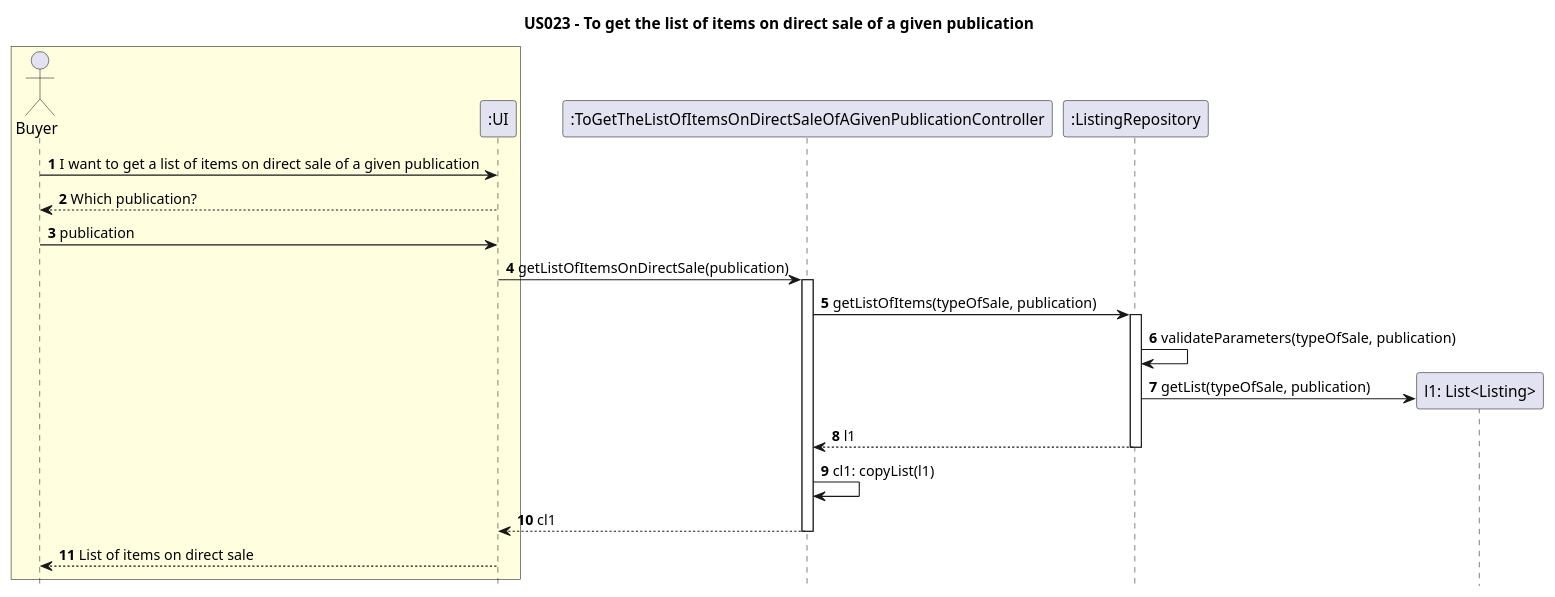
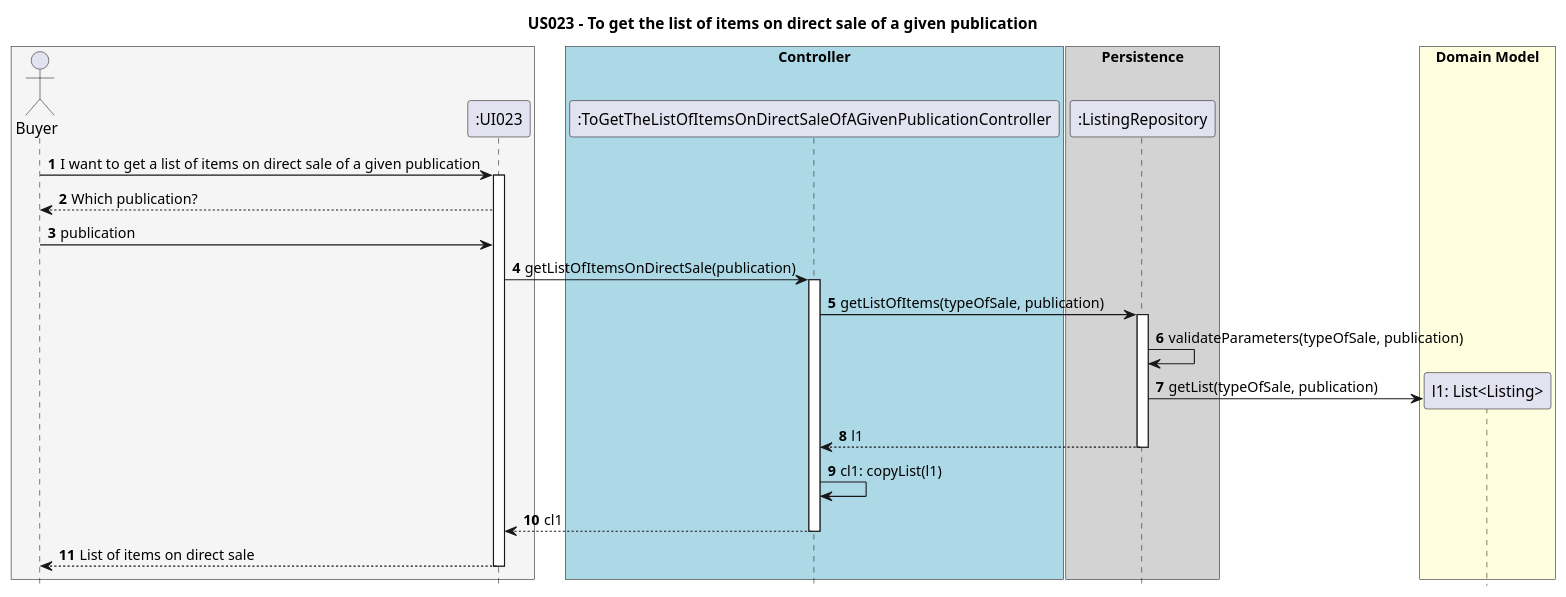
Before and after one commit to AndrePereiraGitH/SWitCH-Project-Team_A: the diagram in Diagrams/SequenceDiagrams/N2/US023-to-get-the-list-of-items-on-direct-sale-of-a-given-publication.puml, drawn with PlantUML. The commit also changed 1 other file, not shown here.

```diff
--- a/Diagrams/SequenceDiagrams/N2/US023-to-get-the-list-of-items-on-direct-sale-of-a-given-publication.puml
+++ b/Diagrams/SequenceDiagrams/N2/US023-to-get-the-list-of-items-on-direct-sale-of-a-given-publication.puml
@@ -1,50 +1,60 @@
 @startuml
 
 hide footbox
+autonumber
 title US023 - To get the list of items on direct sale of a given publication
 
-box #LightYellow
+box #WhiteSmoke
 actor Buyer
-participant ":UI" as UI
+participant ":UI023" as UI023
 end box
 
+box "Controller" #LightBlue
 participant ":ToGetTheListOfItemsOnDirectSaleOfAGivenPublicationController" as ToGetTheListOfItemsOnDirectSaleOfAGivenPublicationController
+end box
+
+box "Persistence" #LightGrey
 participant ":ListingRepository" as ListingRepository
+end box
 
-' Buyer -> UI : **1** getListOfItems(typeOfSale, publication)
-Buyer -> UI : **1** I want to get a list of items on direct sale of a given publication
-Buyer <-- UI : **2** Which publication?
-Buyer -> UI : **3** publication
+' Buyer -> UI023 : **1** getListOfItems(typeOfSale, publication)
+Buyer -> UI023 : I want to get a list of items on direct sale of a given publication
+activate UI023
+Buyer <-- UI023 : Which publication?
+Buyer -> UI023 : publication
 
-' UI -> ToGetTheListOfItemsOnDirectSaleOfAGivenPublicationController : **4** getListOfItems(typeOfSale, publication)
-UI -> ToGetTheListOfItemsOnDirectSaleOfAGivenPublicationController : **4** getListOfItemsOnDirectSale(publication)
+' UI023 -> ToGetTheListOfItemsOnDirectSaleOfAGivenPublicationController : **4** getListOfItems(typeOfSale, publication)
+UI023 -> ToGetTheListOfItemsOnDirectSaleOfAGivenPublicationController : getListOfItemsOnDirectSale(publication)
 activate ToGetTheListOfItemsOnDirectSaleOfAGivenPublicationController
 
 ' ToGetTheListOfItemsOnDirectSaleOfAGivenPublicationController -> ListingRepository : **3** getListOfItems(typeOfSale, publication)
-ToGetTheListOfItemsOnDirectSaleOfAGivenPublicationController -> ListingRepository : **5** getListOfItems(typeOfSale, publication)
+ToGetTheListOfItemsOnDirectSaleOfAGivenPublicationController -> ListingRepository : getListOfItems(typeOfSale, publication)
 activate ListingRepository
 
 ' ItemRepository -> ItemRepository : **4** convertStringToEnum(typeOfSale, publication)
 
 ' ListingRepository -> ListingRepository : **4** validateParameters(typeOfSale, publication)
-ListingRepository -> ListingRepository : **6** validateParameters(typeOfSale, publication)
+ListingRepository -> ListingRepository : validateParameters(typeOfSale, publication)
 
+box "Domain Model" #LightYellow
 create "l1: List<Listing>" as Listing
 ' ListingRepository -> Item : **5** createList(typeOfSale, publication)
-ListingRepository -> Listing : **7** getList(typeOfSale, publication)
+ListingRepository -> Listing : getList(typeOfSale, publication)
+end box
 
 ' ListingRepository --> ToGetTheListOfItemsOnDirectSaleOfAGivenPublicationController : **6** List<Item> items
-ListingRepository --> ToGetTheListOfItemsOnDirectSaleOfAGivenPublicationController : **8** l1
+ListingRepository --> ToGetTheListOfItemsOnDirectSaleOfAGivenPublicationController : l1
 deactivate ListingRepository
 
 ' ToGetTheListOfItemsOnDirectSaleOfAGivenPublicationController -> ToGetTheListOfItemsOnDirectSaleOfAGivenPublicationController : **7** copyList(items)
-ToGetTheListOfItemsOnDirectSaleOfAGivenPublicationController -> ToGetTheListOfItemsOnDirectSaleOfAGivenPublicationController : **9** cl1: copyList(l1)
+ToGetTheListOfItemsOnDirectSaleOfAGivenPublicationController -> ToGetTheListOfItemsOnDirectSaleOfAGivenPublicationController : cl1: copyList(l1)
 
-'ToGetTheListOfItemsOnDirectSaleOfAGivenPublicationController --> UI : **8** List<copyItems> (copyItems)
-ToGetTheListOfItemsOnDirectSaleOfAGivenPublicationController --> UI : **10** cl1
+'ToGetTheListOfItemsOnDirectSaleOfAGivenPublicationController --> UI023 : **8** List<copyItems> (copyItems)
+ToGetTheListOfItemsOnDirectSaleOfAGivenPublicationController --> UI023 : cl1
 deactivate ToGetTheListOfItemsOnDirectSaleOfAGivenPublicationController
 
-'UI --> Buyer : **9** List<copyItems> (copyItems)'
-UI --> Buyer : **11** List of items on direct sale
+'UI023 --> Buyer : **9** List<copyItems> (copyItems)'
+UI023 --> Buyer : List of items on direct sale
+deactivate UI023
 
 @enduml
```
